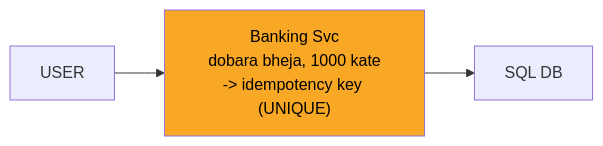
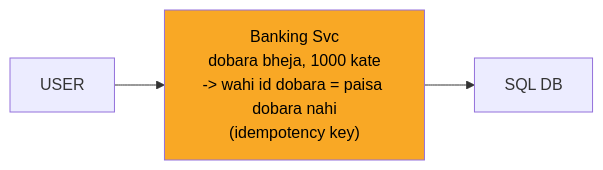
The third of 13 diagrams in 04_HLD/SYSTEM_DESIGNS/13_banking_system/13_banking_system.md (ArpanMaheshwari144/Prep), drawn with Mermaid before and after one commit. The commit also changed other lines of this file and 13 other files, not shown here.

````diff
--- a/04_HLD/SYSTEM_DESIGNS/13_banking_system/13_banking_system.md
+++ b/04_HLD/SYSTEM_DESIGNS/13_banking_system/13_banking_system.md
@@ -117,9 +117,9 @@
 ```mermaid
 flowchart LR
     n_USER["USER"]
-    n_SVC["Banking Svc<br/>dobara bheja, 1000 kate<br/>-> idempotency key (UNIQUE)"]
+    n_SVC["Banking Svc<br/>dobara bheja, 1000 kate<br/>-> wahi id dobara = paisa dobara nahi<br/>(idempotency key)"]
     n_DB["SQL DB"]
     n_USER --> n_SVC
     n_SVC --> n_DB
     style n_SVC fill:#f9a825,color:#000
 ```
````
